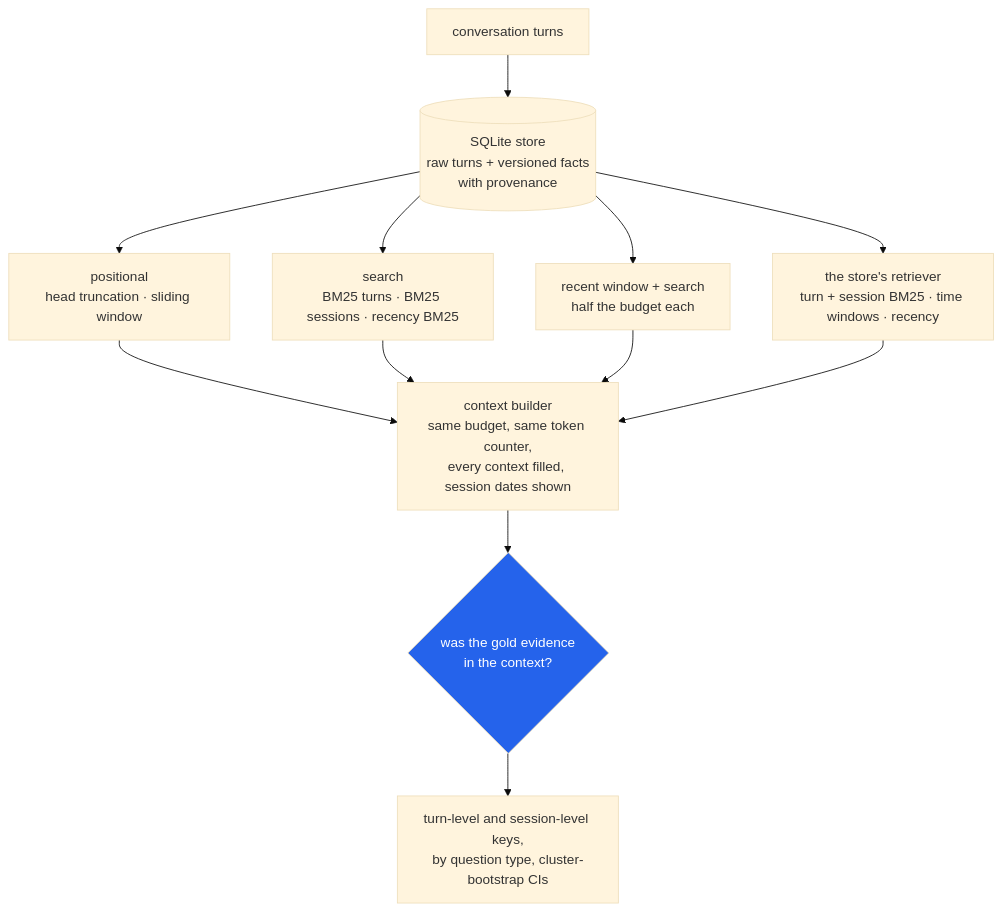
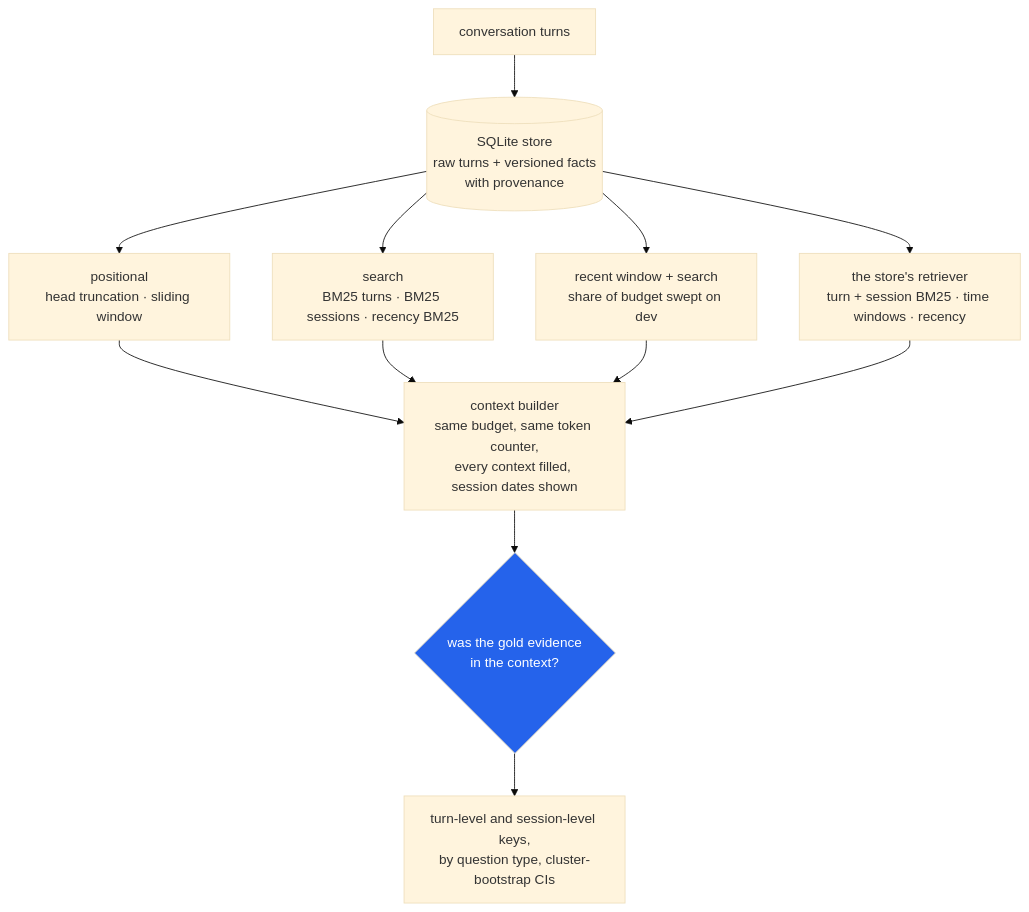
The diagram in README.md (hammasbuilds/agent-memory), drawn with Mermaid (base theme) before and after one commit. The commit also changed other lines of this file and 12 other files, not shown here.

Commit message:
Round-3 rerun: window-share sweep, strict credit, future-session counts; README and STATUS corrected and rescored

````diff
--- a/README.md
+++ b/README.md
@@ -28,16 +28,16 @@
 ```mermaid
 flowchart TD
     A["conversation turns"] --> S[("SQLite store<br/>raw turns + versioned facts<br/>with provenance")]
     S --> P1["positional<br/>head truncation · sliding window"]
     S --> P2["search<br/>BM25 turns · BM25 sessions · recency BM25"]
-    S --> P4["recent window + search<br/>half the budget each"]
+    S --> P4["recent window + search<br/>share of budget swept on dev"]
     S --> P3["the store's retriever<br/>turn + session BM25 · time windows · recency"]
     P1 --> C["context builder<br/>same budget, same token counter,<br/>every context filled, session dates shown"]
     P2 --> C
     P4 --> C
     P3 --> C
     C --> M{"was the gold evidence<br/>in the context?"}
     M --> T["turn-level and session-level keys,<br/>by question type, cluster-bootstrap CIs"]
 
     style M fill:#2563eb,color:#fff
 ```
````
